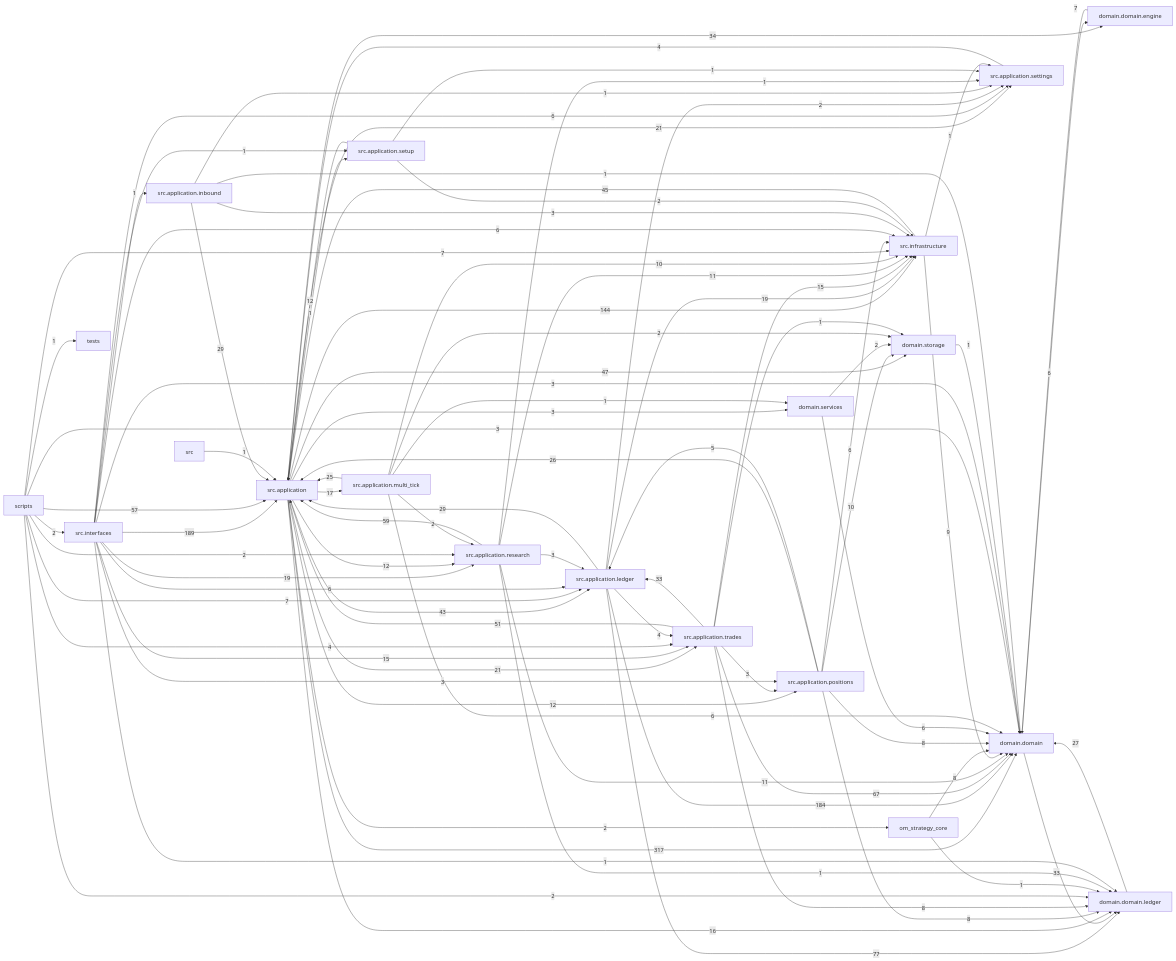
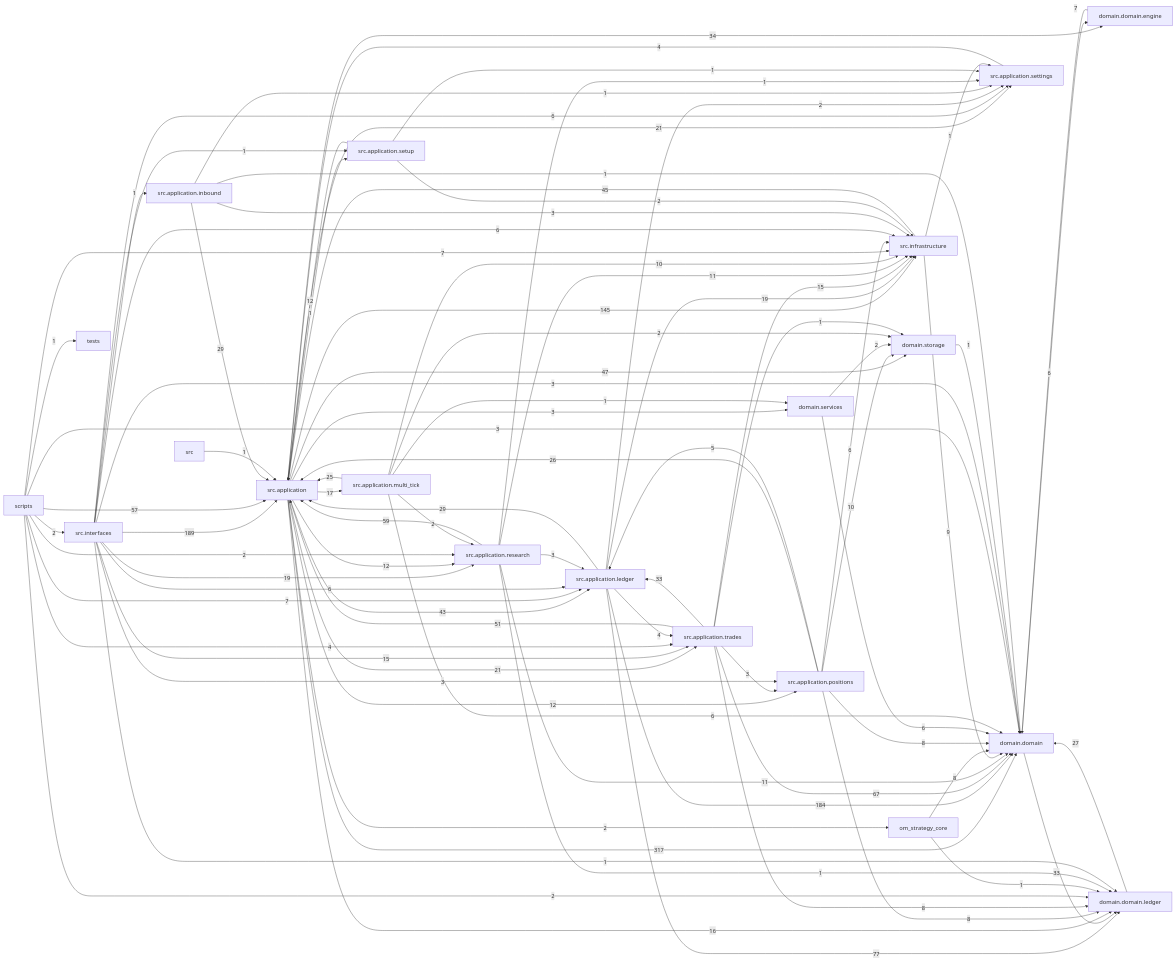
The diagram in docs/dependency_graph.mmd (liuxie066/options-monitor), drawn with Mermaid before and after one commit. The commit also changed 5 other files, not shown here.

```diff
--- a/docs/dependency_graph.mmd
+++ b/docs/dependency_graph.mmd
@@ -1,87 +1,87 @@
 flowchart LR
   src_application["src.application"] -->|317| domain_domain["domain.domain"]
   src_interfaces["src.interfaces"] -->|189| src_application["src.application"]
   src_application_ledger["src.application.ledger"] -->|184| domain_domain["domain.domain"]
-  src_application["src.application"] -->|144| src_infrastructure["src.infrastructure"]
+  src_application["src.application"] -->|145| src_infrastructure["src.infrastructure"]
   src_application_ledger["src.application.ledger"] -->|77| domain_domain_ledger["domain.domain.ledger"]
   src_application_trades["src.application.trades"] -->|67| domain_domain["domain.domain"]
   src_application_research["src.application.research"] -->|59| src_application["src.application"]
   scripts["scripts"] -->|57| src_application["src.application"]
   src_application_trades["src.application.trades"] -->|51| src_application["src.application"]
   src_application["src.application"] -->|47| domain_storage["domain.storage"]
   src_infrastructure["src.infrastructure"] -->|45| src_application["src.application"]
   src_application["src.application"] -->|43| src_application_ledger["src.application.ledger"]
   src_application["src.application"] -->|34| domain_domain_engine["domain.domain.engine"]
   domain_domain["domain.domain"] -->|33| domain_domain_ledger["domain.domain.ledger"]
   src_application_trades["src.application.trades"] -->|33| src_application_ledger["src.application.ledger"]
   src_application_inbound["src.application.inbound"] -->|29| src_application["src.application"]
   src_application_ledger["src.application.ledger"] -->|29| src_application["src.application"]
   domain_domain_ledger["domain.domain.ledger"] -->|27| domain_domain["domain.domain"]
   src_application_positions["src.application.positions"] -->|26| src_application["src.application"]
   src_application_multi_tick["src.application.multi_tick"] -->|25| src_application["src.application"]
   src_application["src.application"] -->|21| src_application_settings["src.application.settings"]
   src_application["src.application"] -->|21| src_application_trades["src.application.trades"]
   src_application_ledger["src.application.ledger"] -->|19| src_infrastructure["src.infrastructure"]
   src_interfaces["src.interfaces"] -->|19| src_application_research["src.application.research"]
   src_application["src.application"] -->|17| src_application_multi_tick["src.application.multi_tick"]
   src_application["src.application"] -->|16| domain_domain_ledger["domain.domain.ledger"]
   src_application_trades["src.application.trades"] -->|15| src_infrastructure["src.infrastructure"]
   src_interfaces["src.interfaces"] -->|15| src_application_trades["src.application.trades"]
   src_application["src.application"] -->|12| src_application_positions["src.application.positions"]
   src_application["src.application"] -->|12| src_application_research["src.application.research"]
   src_application_setup["src.application.setup"] -->|12| src_application["src.application"]
   src_application_research["src.application.research"] -->|11| domain_domain["domain.domain"]
   src_application_research["src.application.research"] -->|11| src_infrastructure["src.infrastructure"]
   src_application_multi_tick["src.application.multi_tick"] -->|10| src_infrastructure["src.infrastructure"]
   src_application_positions["src.application.positions"] -->|10| domain_storage["domain.storage"]
   src_infrastructure["src.infrastructure"] -->|9| domain_domain["domain.domain"]
   om_strategy_core["om_strategy_core"] -->|8| domain_domain["domain.domain"]
   src_application_positions["src.application.positions"] -->|8| domain_domain["domain.domain"]
   src_application_positions["src.application.positions"] -->|8| domain_domain_ledger["domain.domain.ledger"]
   src_application_trades["src.application.trades"] -->|8| domain_domain_ledger["domain.domain.ledger"]
   domain_domain_engine["domain.domain.engine"] -->|7| domain_domain["domain.domain"]
   scripts["scripts"] -->|7| src_application_ledger["src.application.ledger"]
   scripts["scripts"] -->|7| src_infrastructure["src.infrastructure"]
   domain_domain["domain.domain"] -->|6| domain_domain_engine["domain.domain.engine"]
   domain_services["domain.services"] -->|6| domain_domain["domain.domain"]
   src_application_multi_tick["src.application.multi_tick"] -->|6| domain_domain["domain.domain"]
   src_application_positions["src.application.positions"] -->|6| src_infrastructure["src.infrastructure"]
   src_interfaces["src.interfaces"] -->|6| src_application_ledger["src.application.ledger"]
   src_interfaces["src.interfaces"] -->|6| src_application_settings["src.application.settings"]
   src_interfaces["src.interfaces"] -->|6| src_infrastructure["src.infrastructure"]
   src_application_positions["src.application.positions"] -->|5| src_application_ledger["src.application.ledger"]
   scripts["scripts"] -->|4| src_application_trades["src.application.trades"]
   src_application_ledger["src.application.ledger"] -->|4| src_application_trades["src.application.trades"]
   src_application_settings["src.application.settings"] -->|4| src_application["src.application"]
   scripts["scripts"] -->|3| domain_domain["domain.domain"]
   src_application["src.application"] -->|3| domain_services["domain.services"]
   src_application_inbound["src.application.inbound"] -->|3| src_infrastructure["src.infrastructure"]
   src_application_research["src.application.research"] -->|3| src_application_ledger["src.application.ledger"]
   src_application_trades["src.application.trades"] -->|3| src_application_positions["src.application.positions"]
   src_interfaces["src.interfaces"] -->|3| domain_domain["domain.domain"]
   src_interfaces["src.interfaces"] -->|3| src_application_positions["src.application.positions"]
   domain_services["domain.services"] -->|2| domain_storage["domain.storage"]
   scripts["scripts"] -->|2| domain_domain_ledger["domain.domain.ledger"]
   scripts["scripts"] -->|2| src_application_research["src.application.research"]
   scripts["scripts"] -->|2| src_interfaces["src.interfaces"]
   src_application["src.application"] -->|2| om_strategy_core["om_strategy_core"]
   src_application_ledger["src.application.ledger"] -->|2| src_application_settings["src.application.settings"]
   src_application_multi_tick["src.application.multi_tick"] -->|2| domain_storage["domain.storage"]
   src_application_multi_tick["src.application.multi_tick"] -->|2| src_application_research["src.application.research"]
   src_application_setup["src.application.setup"] -->|2| src_infrastructure["src.infrastructure"]
   domain_storage["domain.storage"] -->|1| domain_domain["domain.domain"]
   om_strategy_core["om_strategy_core"] -->|1| domain_domain_ledger["domain.domain.ledger"]
   scripts["scripts"] -->|1| tests["tests"]
   src["src"] -->|1| src_application["src.application"]
   src_application["src.application"] -->|1| src_application_setup["src.application.setup"]
   src_application_inbound["src.application.inbound"] -->|1| domain_domain["domain.domain"]
   src_application_inbound["src.application.inbound"] -->|1| src_application_settings["src.application.settings"]
   src_application_multi_tick["src.application.multi_tick"] -->|1| domain_services["domain.services"]
   src_application_research["src.application.research"] -->|1| domain_domain_ledger["domain.domain.ledger"]
   src_application_research["src.application.research"] -->|1| src_application_settings["src.application.settings"]
   src_application_setup["src.application.setup"] -->|1| src_application_settings["src.application.settings"]
   src_application_trades["src.application.trades"] -->|1| domain_storage["domain.storage"]
   src_infrastructure["src.infrastructure"] -->|1| src_application_settings["src.application.settings"]
   src_interfaces["src.interfaces"] -->|1| domain_domain_ledger["domain.domain.ledger"]
   src_interfaces["src.interfaces"] -->|1| src_application_inbound["src.application.inbound"]
   src_interfaces["src.interfaces"] -->|1| src_application_setup["src.application.setup"]
```
